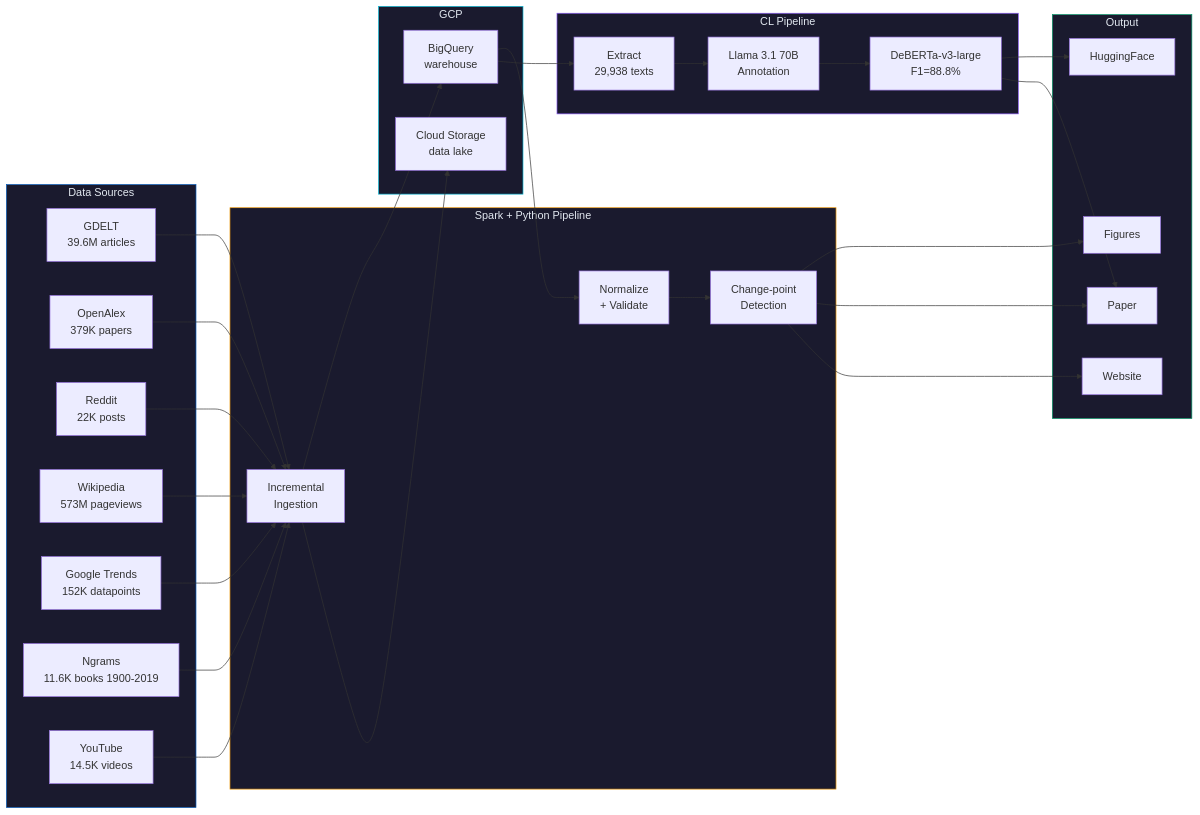
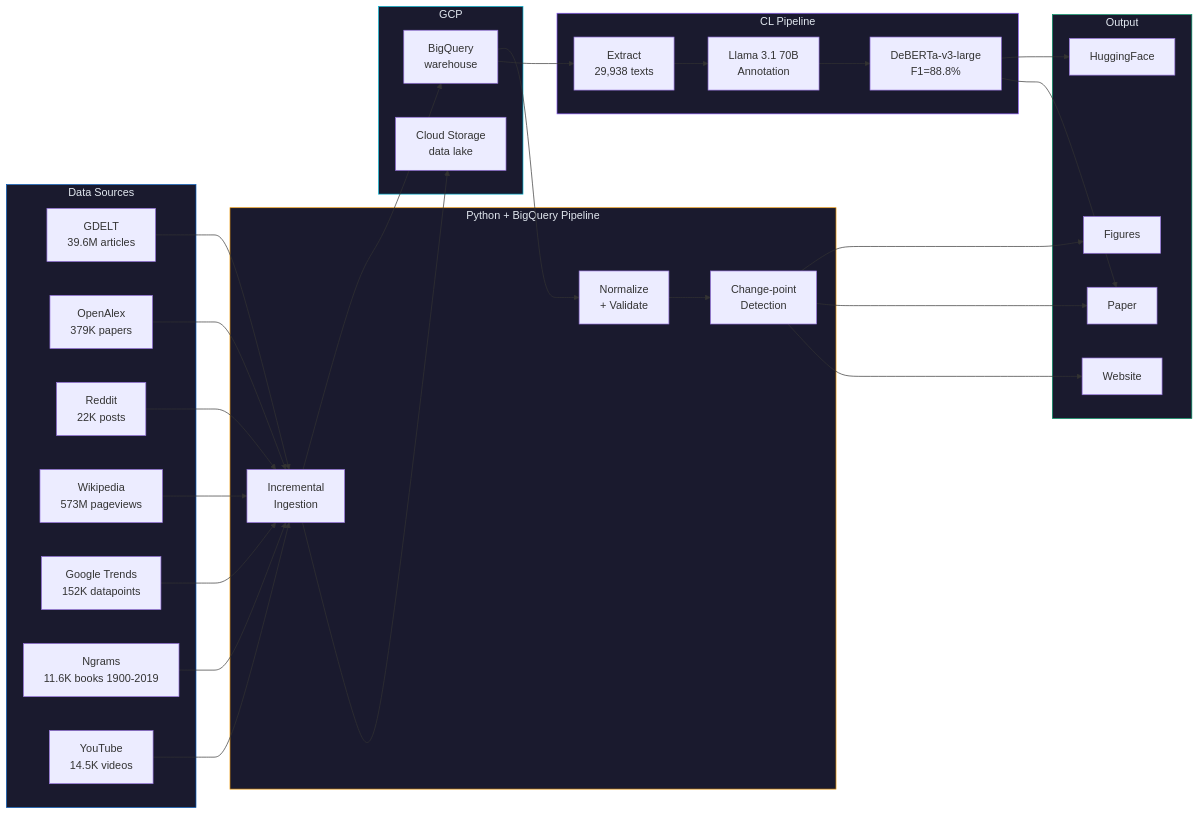
The diagram in README.md (IvanDobrovolsky/kyivnotkiev), drawn with Mermaid before and after one commit. The commit also changed other lines of this file and 2 other files, not shown here.

Commit message:
Paper: add full pipeline architecture, 55-pair table with both adoption windows
- Fig 16: complete data flow from 7 sources → BigQuery → 3 analysis layers → 4 outputs
- Appendix I: all 55 pairs with Last 12m AND Since 2018 adoption rates
- Remove Spark/Dataproc from README (we use BigQuery directly)
- Architecture honestly shows BigQuery + Python + vast.ai GPU

````diff
--- a/README.md
+++ b/README.md
@@ -37,49 +37,49 @@
 ```mermaid
 graph LR
     subgraph Sources["Data Sources"]
         style Sources fill:#1a1a2e,stroke:#0057B8,color:#e2e8f0
         GDELT["GDELT<br/>39.6M articles"]
         OA["OpenAlex<br/>379K papers"]
         Reddit["Reddit<br/>22K posts"]
         Wiki["Wikipedia<br/>573M pageviews"]
         Trends["Google Trends<br/>152K datapoints"]
         Ngrams["Ngrams<br/>11.6K books 1900-2019"]
         YT["YouTube<br/>14.5K videos"]
     end
 
-    subgraph Pipeline["Spark + Python Pipeline"]
+    subgraph Pipeline["Python + BigQuery Pipeline"]
         style Pipeline fill:#1a1a2e,stroke:#f59e0b,color:#e2e8f0
         Ingest["Incremental<br/>Ingestion"]
         Transform["Normalize<br/>+ Validate"]
         Analyze["Change-point<br/>Detection"]
     end
 
     subgraph CL["CL Pipeline"]
         style CL fill:#1a1a2e,stroke:#8b5cf6,color:#e2e8f0
         Extract["Extract<br/>29,938 texts"]
         Annotate["Llama 3.1 70B<br/>Annotation"]
         Finetune["DeBERTa-v3-large<br/>F1=88.8%"]
     end
 
     subgraph Storage["GCP"]
         style Storage fill:#1a1a2e,stroke:#06b6d4,color:#e2e8f0
         BQ["BigQuery<br/>warehouse"]
         GCS["Cloud Storage<br/>data lake"]
     end
 
     subgraph Output["Output"]
         style Output fill:#1a1a2e,stroke:#059669,color:#e2e8f0
         Figures["Figures"]
         Paper["Paper"]
         Web["Website"]
         HF["HuggingFace"]
     end
 
     GDELT & OA & Reddit & Wiki & Trends & Ngrams & YT --> Ingest
     Ingest --> BQ
     Ingest --> GCS
     BQ --> Transform --> Analyze
     BQ --> Extract --> Annotate --> Finetune
     Analyze --> Figures & Paper & Web
     Finetune --> HF & Paper
 ```
````
